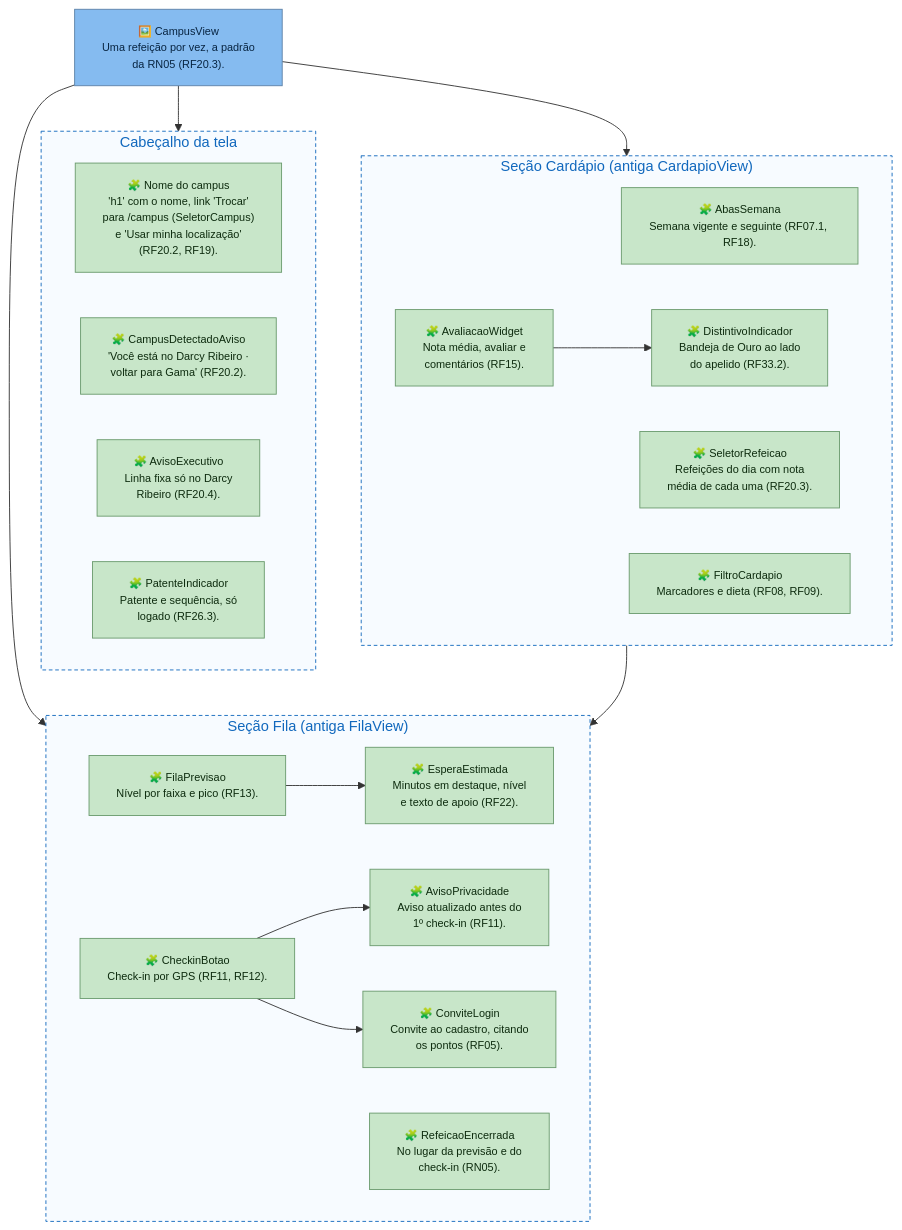
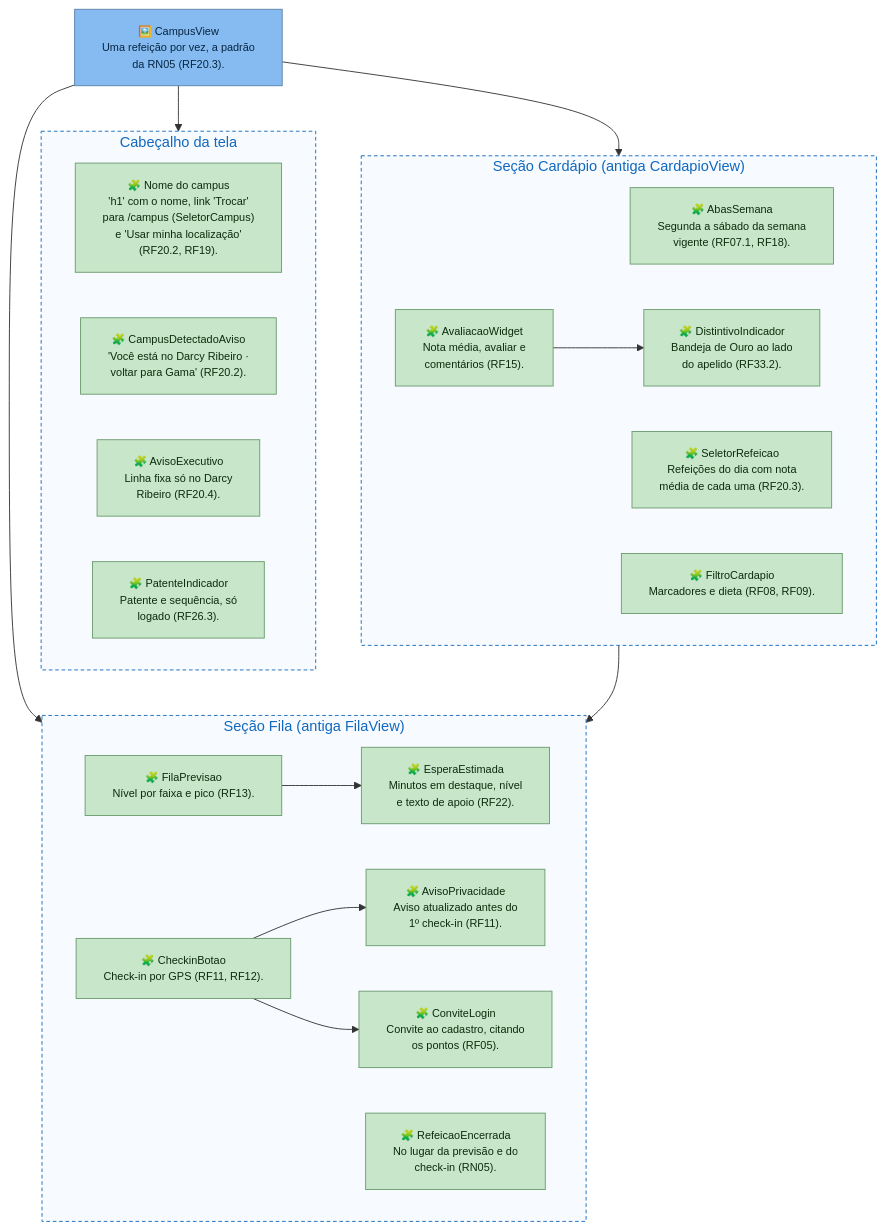
Before and after one commit to unb-mds/2026-2-Bandejao-UnB: the second of 11 diagrams in docs/arquitetura/front-end/c4-niveis-3-4-frontend-bandejao.md, drawn with Mermaid. The commit also changed other lines of this file, not shown here.

````diff
--- a/docs/arquitetura/front-end/c4-niveis-3-4-frontend-bandejao.md
+++ b/docs/arquitetura/front-end/c4-niveis-3-4-frontend-bandejao.md
@@ -170,78 +170,79 @@
 ```mermaid
 flowchart TB
   campusView["🖼️ CampusView
 Uma refeição por vez, a padrão
 da RN05 (RF20.3)."]
 
   subgraph topo["Cabeçalho da tela"]
     direction LR
     nomeCampus["🧩 Nome do campus
 'h1' com o nome, link 'Trocar'
 para /campus (SeletorCampus)
 e 'Usar minha localização'
 (RF20.2, RF19)."]
     campusDetectado["🧩 CampusDetectadoAviso
 'Você está no Darcy Ribeiro ·
 voltar para Gama' (RF20.2)."]
     avisoExecutivo["🧩 AvisoExecutivo
 Linha fixa só no Darcy
 Ribeiro (RF20.4)."]
     patente["🧩 PatenteIndicador
 Patente e sequência, só
 logado (RF26.3)."]
   end
 
   subgraph secaoCardapio["Seção Cardápio (antiga CardapioView)"]
     direction LR
     abasSemana["🧩 AbasSemana
-Semana vigente e seguinte (RF07.1, RF18)."]
+Segunda a sábado da semana
+vigente (RF07.1, RF18)."]
     seletorRefeicao["🧩 SeletorRefeicao
 Refeições do dia com nota
 média de cada uma (RF20.3)."]
     filtro["🧩 FiltroCardapio
 Marcadores e dieta (RF08, RF09)."]
     avaliacao["🧩 AvaliacaoWidget
 Nota média, avaliar e
 comentários (RF15)."]
     distintivo["🧩 DistintivoIndicador
 Bandeja de Ouro ao lado
 do apelido (RF33.2)."]
   end
 
   subgraph secaoFila["Seção Fila (antiga FilaView)"]
     direction LR
     filaPrevisao["🧩 FilaPrevisao
 Nível por faixa e pico (RF13)."]
     espera["🧩 EsperaEstimada
 Minutos em destaque, nível
 e texto de apoio (RF22)."]
     encerrada["🧩 RefeicaoEncerrada
 No lugar da previsão e do
 check-in (RN05)."]
     checkin["🧩 CheckinBotao
 Check-in por GPS (RF11, RF12)."]
     avisoPrivacidade["🧩 AvisoPrivacidade
 Aviso atualizado antes do
 1º check-in (RF11)."]
     convite["🧩 ConviteLogin
 Convite ao cadastro, citando
 os pontos (RF05)."]
   end
 
   campusView --> topo
   campusView --> secaoCardapio
   campusView --> secaoFila
   avaliacao --> distintivo
   avaliacao --> convite
   filaPrevisao --> espera
   checkin --> avisoPrivacidade
   checkin --> convite
 
   classDef view fill:#85bbf0,stroke:#5d82a8,color:#082542,font-size:12px
   classDef component fill:#c8e6c9,stroke:#6b9b6e,color:#0d2b0e,font-size:12px
   classDef group fill:#f7fbff,stroke:#1168bd,stroke-dasharray:4 3,color:#1168bd
 
   class campusView view
   class nomeCampus,campusDetectado,avisoExecutivo,patente,abasSemana,seletorRefeicao,filtro,avaliacao,distintivo,filaPrevisao,espera,encerrada,checkin,avisoPrivacidade,convite component
   class topo,secaoCardapio,secaoFila group
 ```
````
